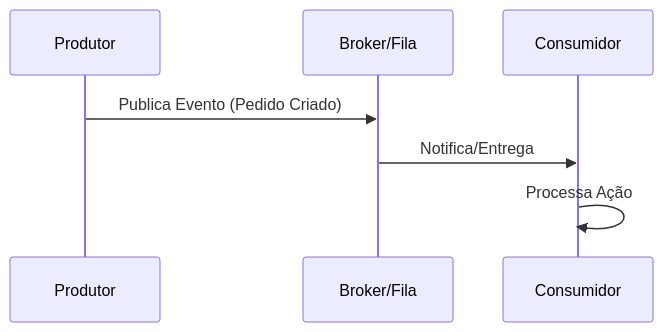
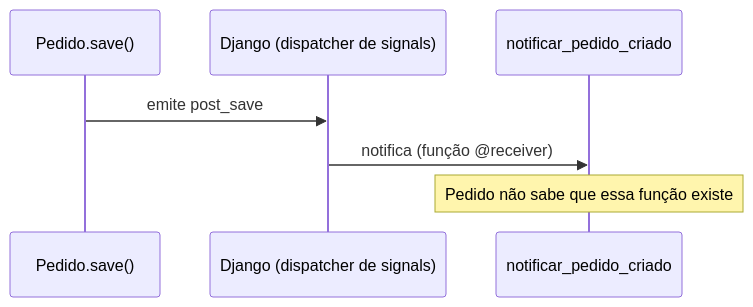
The seventh of 7 diagrams in PDS/arquitetura.md (claulis/Py), drawn with Mermaid before and after one commit. The commit also changed other lines of this file and 58 other files, not shown here.

First line of the commit message:
Refactor PDS project to implement SOLID principles and MVC architecture

````diff
--- a/PDS/arquitetura.md
+++ b/PDS/arquitetura.md
@@ -206,9 +260,10 @@
 ```mermaid
 sequenceDiagram
-    participant P as Produtor
-    participant B as Broker/Fila
-    participant C as Consumidor
-    P->>B: Publica Evento (Pedido Criado)
-    B->>C: Notifica/Entrega
-    C->>C: Processa Ação
+    participant P as Pedido.save()
+    participant D as Django (dispatcher de signals)
+    participant R as notificar_pedido_criado
+
+    P->>D: emite post_save
+    D->>R: notifica (função @receiver)
+    Note over R: Pedido não sabe que essa função existe
 ```
````
